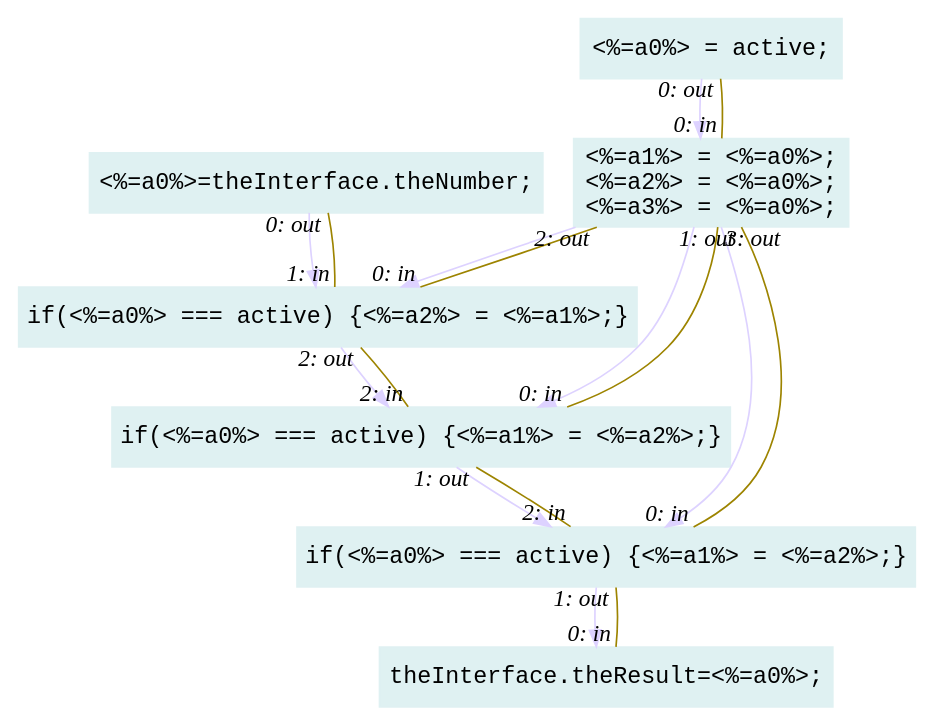
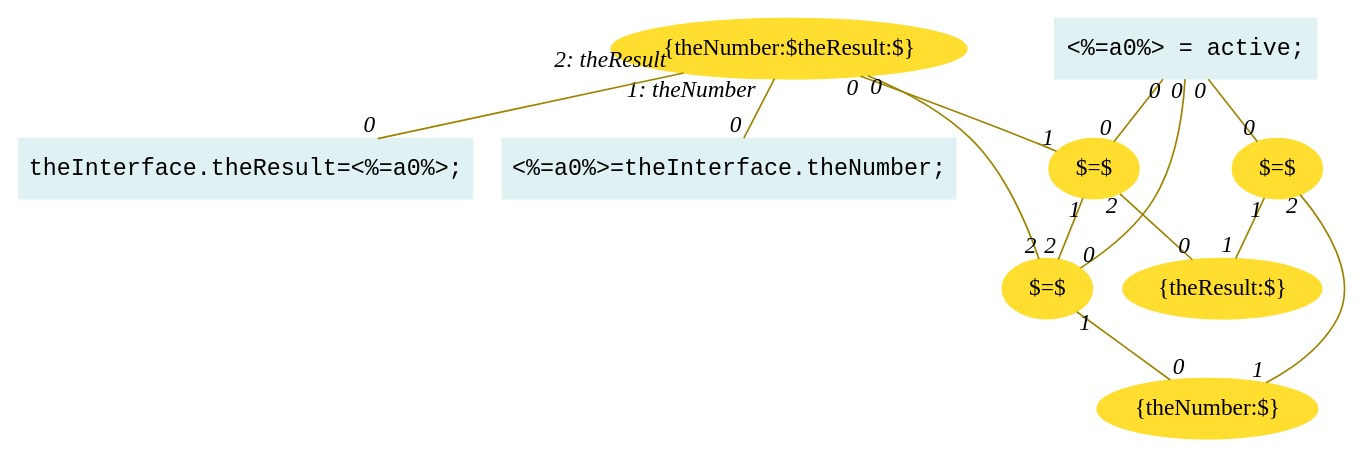
The diagram in lidl-core/example/ok/dereferencing/error.dot (crubier/lidl), drawn with Graphviz before and after one commit. The commit also changed 205 other files, not shown here.

```diff
--- a/lidl-core/example/ok/dereferencing/error.dot
+++ b/lidl-core/example/ok/dereferencing/error.dot
@@ -1,33 +1,25 @@
-digraph g{node_5602 [shape="box", style="filled", color="#dff1f2", fontname="Courier", label="<%=a0%>=theInterface.theNumber;
+digraph g{node_5261 [shape="box", style="filled", color="#dff1f2", fontname="Courier", label="<%=a0%>=theInterface.theNumber;
 " ]
-node_5604 [shape="box", style="filled", color="#dff1f2", fontname="Courier", label="theInterface.theResult=<%=a0%>;
+node_5263 [shape="box", style="filled", color="#dff1f2", fontname="Courier", label="theInterface.theResult=<%=a0%>;
 " ]
-node_5667 [shape="box", style="filled", color="#dff1f2", fontname="Courier", label="<%=a0%> = active;
+node_5265 [shape="ellipse", style="filled", color="#ffde2f", fontname="Times", label="{theNumber:$theResult:$}" ]
+node_5280 [shape="ellipse", style="filled", color="#ffde2f", fontname="Times", label="{theResult:$}" ]
+node_5283 [shape="ellipse", style="filled", color="#ffde2f", fontname="Times", label="$=$" ]
+node_5295 [shape="ellipse", style="filled", color="#ffde2f", fontname="Times", label="{theNumber:$}" ]
+node_5298 [shape="ellipse", style="filled", color="#ffde2f", fontname="Times", label="$=$" ]
+node_5306 [shape="ellipse", style="filled", color="#ffde2f", fontname="Times", label="$=$" ]
+node_5326 [shape="box", style="filled", color="#dff1f2", fontname="Courier", label="<%=a0%> = active;
 " ]
-node_5700 [shape="box", style="filled", color="#dff1f2", fontname="Courier", label="if(<%=a0%> === active) {<%=a1%> = <%=a2%>;}
-" ]
-node_5704 [shape="box", style="filled", color="#dff1f2", fontname="Courier", label="if(<%=a0%> === active) {<%=a2%> = <%=a1%>;}
-" ]
-node_5708 [shape="box", style="filled", color="#dff1f2", fontname="Courier", label="if(<%=a0%> === active) {<%=a1%> = <%=a2%>;}
-" ]
-node_5712 [shape="box", style="filled", color="#dff1f2", fontname="Courier", label="<%=a1%> = <%=a0%>;
-<%=a2%> = <%=a0%>;
-<%=a3%> = <%=a0%>;
-" ]
-node_5700 -> node_5604 [dir=forward, arrowHead=normal, fontname="Times-Italic", arrowsize=1, color="#ddd2ff", label="",  headlabel="", taillabel="" ]
-node_5708 -> node_5700 [dir=forward, arrowHead=normal, fontname="Times-Italic", arrowsize=1, color="#ddd2ff", label="",  headlabel="", taillabel="" ]
-node_5704 -> node_5708 [dir=forward, arrowHead=normal, fontname="Times-Italic", arrowsize=1, color="#ddd2ff", label="",  headlabel="", taillabel="" ]
-node_5602 -> node_5704 [dir=forward, arrowHead=normal, fontname="Times-Italic", arrowsize=1, color="#ddd2ff", label="",  headlabel="", taillabel="" ]
-node_5712 -> node_5700 [dir=forward, arrowHead=normal, fontname="Times-Italic", arrowsize=1, color="#ddd2ff", label="",  headlabel="", taillabel="" ]
-node_5712 -> node_5704 [dir=forward, arrowHead=normal, fontname="Times-Italic", arrowsize=1, color="#ddd2ff", label="",  headlabel="", taillabel="" ]
-node_5712 -> node_5708 [dir=forward, arrowHead=normal, fontname="Times-Italic", arrowsize=1, color="#ddd2ff", label="",  headlabel="", taillabel="" ]
-node_5667 -> node_5712 [dir=forward, arrowHead=normal, fontname="Times-Italic", arrowsize=1, color="#ddd2ff", label="",  headlabel="", taillabel="" ]
-node_5700 -> node_5604 [dir=none, arrowHead=none, fontname="Times-Italic", arrowsize=1, color="#9d8400", label="",  headlabel="0: in", taillabel="1: out" ]
-node_5704 -> node_5602 [dir=none, arrowHead=none, fontname="Times-Italic", arrowsize=1, color="#9d8400", label="",  headlabel="0: out", taillabel="1: in" ]
-node_5708 -> node_5700 [dir=none, arrowHead=none, fontname="Times-Italic", arrowsize=1, color="#9d8400", label="",  headlabel="2: in", taillabel="1: out" ]
-node_5708 -> node_5704 [dir=none, arrowHead=none, fontname="Times-Italic", arrowsize=1, color="#9d8400", label="",  headlabel="2: out", taillabel="2: in" ]
-node_5667 -> node_5712 [dir=none, arrowHead=none, fontname="Times-Italic", arrowsize=1, color="#9d8400", label="",  headlabel="0: in", taillabel="0: out" ]
-node_5712 -> node_5700 [dir=none, arrowHead=none, fontname="Times-Italic", arrowsize=1, color="#9d8400", label="",  headlabel="0: in", taillabel="1: out" ]
-node_5712 -> node_5704 [dir=none, arrowHead=none, fontname="Times-Italic", arrowsize=1, color="#9d8400", label="",  headlabel="0: in", taillabel="2: out" ]
-node_5712 -> node_5708 [dir=none, arrowHead=none, fontname="Times-Italic", arrowsize=1, color="#9d8400", label="",  headlabel="0: in", taillabel="3: out" ]
+node_5265 -> node_5261 [dir=none, arrowHead=none, fontname="Times-Italic", arrowsize=1, color="#9d8400", label="",  headlabel="0", taillabel="1: theNumber" ]
+node_5265 -> node_5263 [dir=none, arrowHead=none, fontname="Times-Italic", arrowsize=1, color="#9d8400", label="",  headlabel="0", taillabel="2: theResult" ]
+node_5283 -> node_5280 [dir=none, arrowHead=none, fontname="Times-Italic", arrowsize=1, color="#9d8400", label="",  headlabel="0", taillabel="2" ]
+node_5298 -> node_5295 [dir=none, arrowHead=none, fontname="Times-Italic", arrowsize=1, color="#9d8400", label="",  headlabel="0", taillabel="1" ]
+node_5283 -> node_5298 [dir=none, arrowHead=none, fontname="Times-Italic", arrowsize=1, color="#9d8400", label="",  headlabel="2", taillabel="1" ]
+node_5326 -> node_5283 [dir=none, arrowHead=none, fontname="Times-Italic", arrowsize=1, color="#9d8400", label="",  headlabel="0", taillabel="0" ]
+node_5306 -> node_5280 [dir=none, arrowHead=none, fontname="Times-Italic", arrowsize=1, color="#9d8400", label="",  headlabel="1", taillabel="1" ]
+node_5326 -> node_5298 [dir=none, arrowHead=none, fontname="Times-Italic", arrowsize=1, color="#9d8400", label="",  headlabel="0", taillabel="0" ]
+node_5306 -> node_5295 [dir=none, arrowHead=none, fontname="Times-Italic", arrowsize=1, color="#9d8400", label="",  headlabel="1", taillabel="2" ]
+node_5326 -> node_5306 [dir=none, arrowHead=none, fontname="Times-Italic", arrowsize=1, color="#9d8400", label="",  headlabel="0", taillabel="0" ]
+node_5265 -> node_5283 [dir=none, arrowHead=none, fontname="Times-Italic", arrowsize=1, color="#9d8400", label="",  headlabel="1", taillabel="0" ]
+node_5265 -> node_5298 [dir=none, arrowHead=none, fontname="Times-Italic", arrowsize=1, color="#9d8400", label="",  headlabel="2", taillabel="0" ]
 }
```
